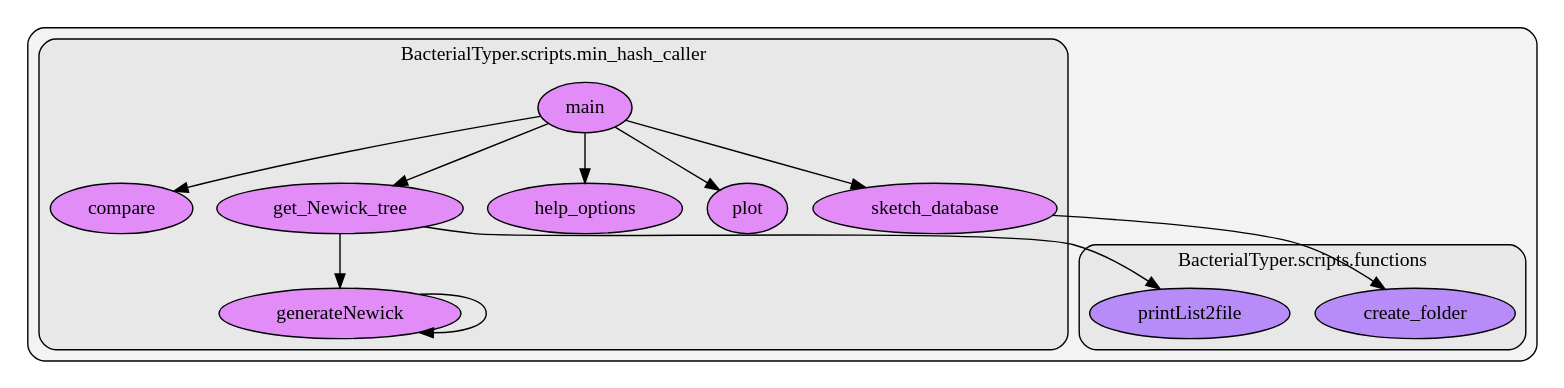
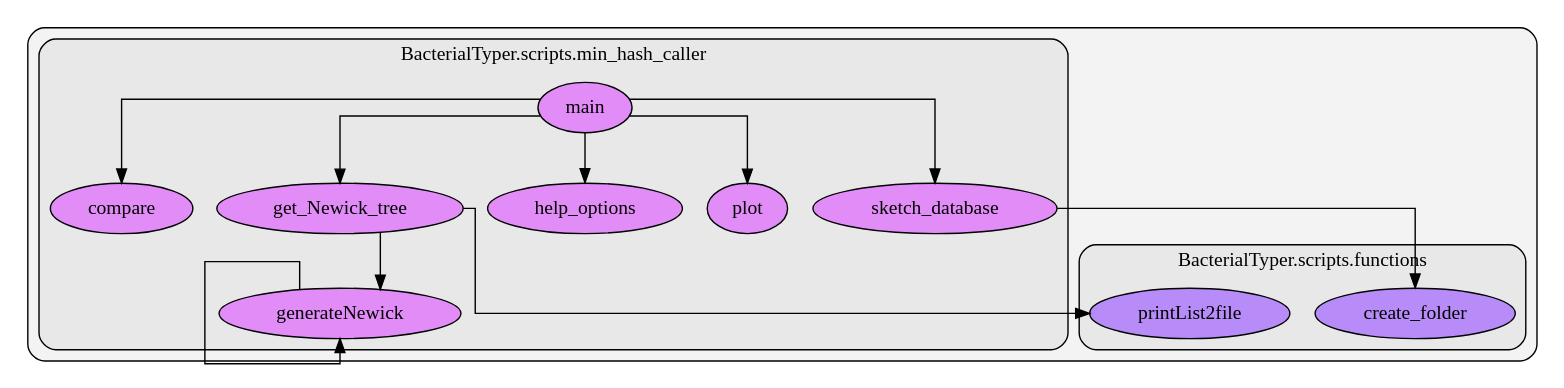
One commit to HCGB-IGTP/BacterialTyper changed the diagram in docs/source/images/python_graph/scripts/min_hash_caller.dot. Above: the diagram before and after it, drawn with Graphviz. The commit also changed 42 other files, not shown here.

```diff
--- a/docs/source/images/python_graph/scripts/min_hash_caller.dot
+++ b/docs/source/images/python_graph/scripts/min_hash_caller.dot
@@ -1,5 +1,5 @@
 digraph G {
-    graph [spilines=ortho, rankdir=TB, clusterrank="local"];
+    graph [splines=ortho, rankdir=TB, clusterrank="local"];
     subgraph cluster_G {
 
         graph [style="filled,rounded",fillcolor="#80808018", label=""];
```
